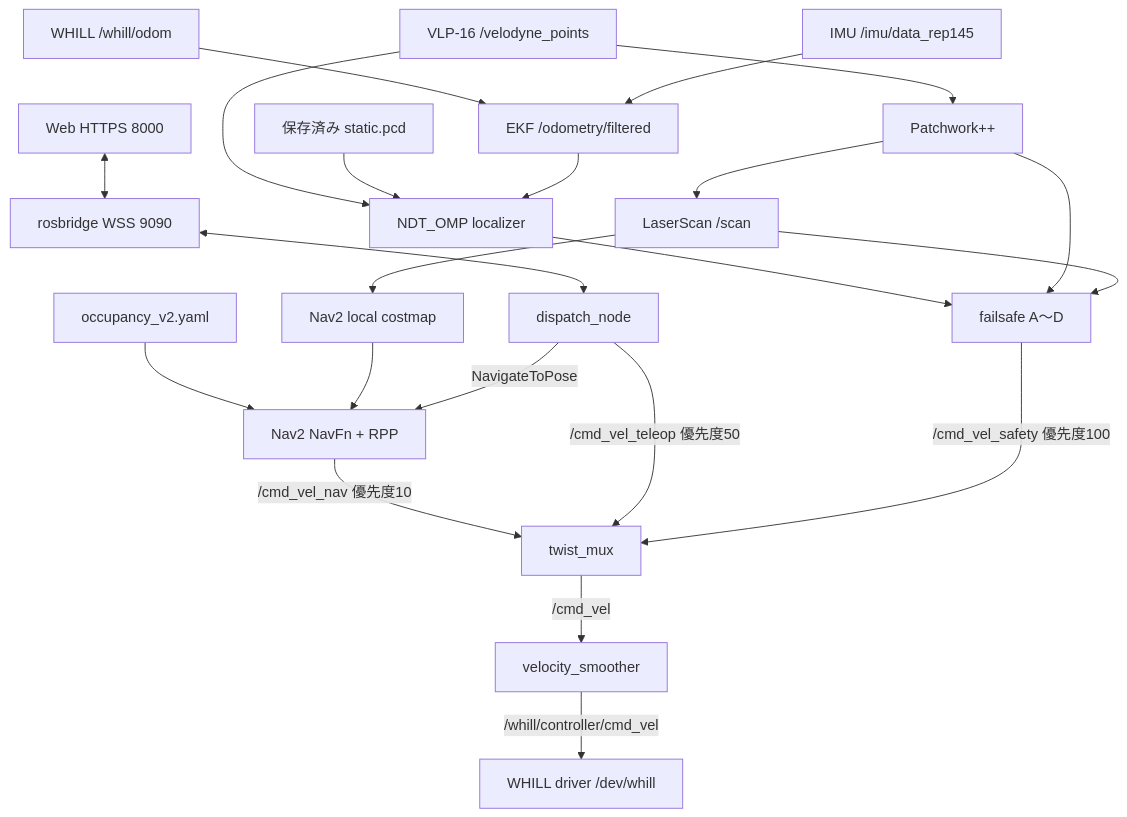
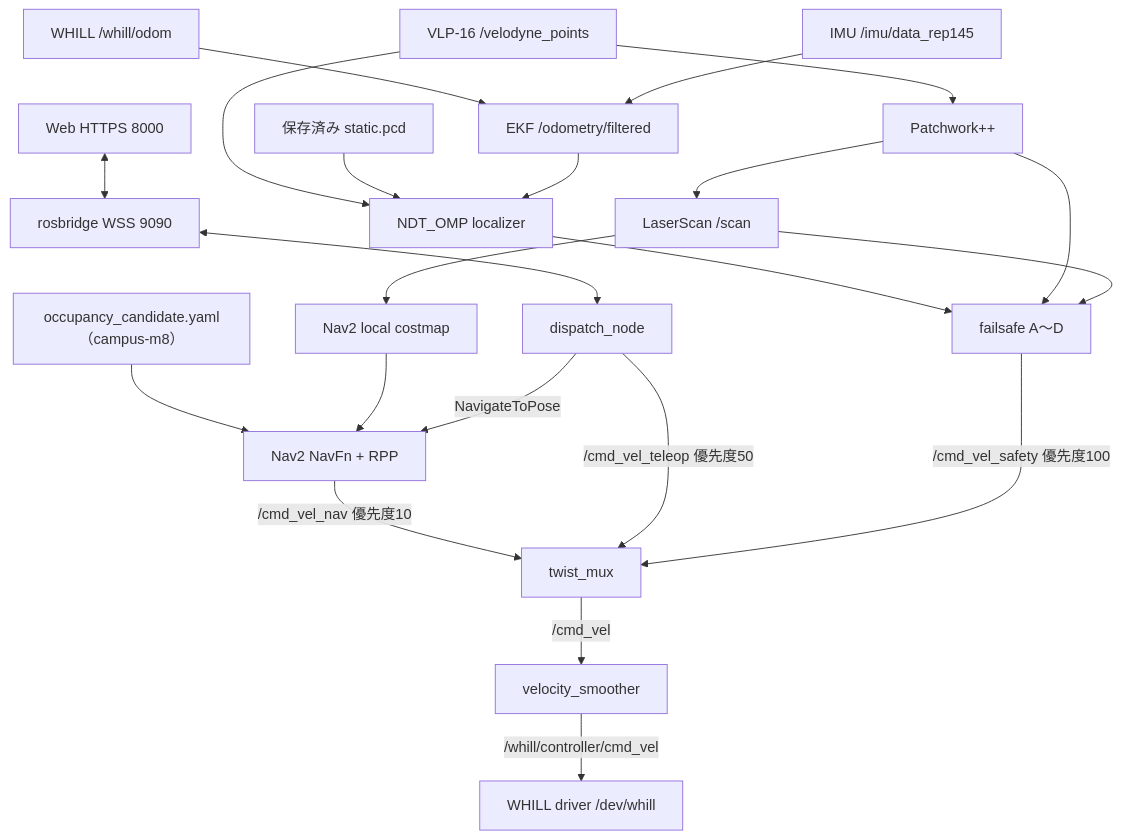
One commit to Iruazu/whill_lab0_ros2 changed the diagram in docs/architecture-overview.md. Above: the diagram before and after it, drawn with Mermaid. The commit also changed other lines of this file and 24 other files, not shown here.

````diff
--- a/docs/architecture-overview.md
+++ b/docs/architecture-overview.md
@@ -17,24 +17,24 @@
 ```mermaid
 flowchart TD
   L["VLP-16 /velodyne_points"] --> N["NDT_OMP localizer"]
   L --> P["Patchwork++"]
   P --> S["LaserScan /scan"]
   S --> C["Nav2 local costmap"]
   M["保存済み static.pcd"] --> N
-  G["occupancy_v2.yaml"] --> V["Nav2 NavFn + RPP"]
+  G["occupancy_candidate.yaml（campus-m8）"] --> V["Nav2 NavFn + RPP"]
   C --> V
   W["WHILL /whill/odom"] --> E["EKF /odometry/filtered"]
   I["IMU /imu/data_rep145"] --> E
   E --> N
   N --> F["failsafe A〜D"]
   P --> F
   S --> F
   U["Web HTTPS 8000"] <--> R["rosbridge WSS 9090"]
   R <--> D["dispatch_node"]
   D -->|NavigateToPose| V
   V -->|"/cmd_vel_nav 優先度10"| X["twist_mux"]
   D -->|"/cmd_vel_teleop 優先度50"| X
   F -->|"/cmd_vel_safety 優先度100"| X
   X -->|/cmd_vel| Q["velocity_smoother"]
   Q -->|/whill/controller/cmd_vel| H["WHILL driver /dev/whill"]
 ```
````
